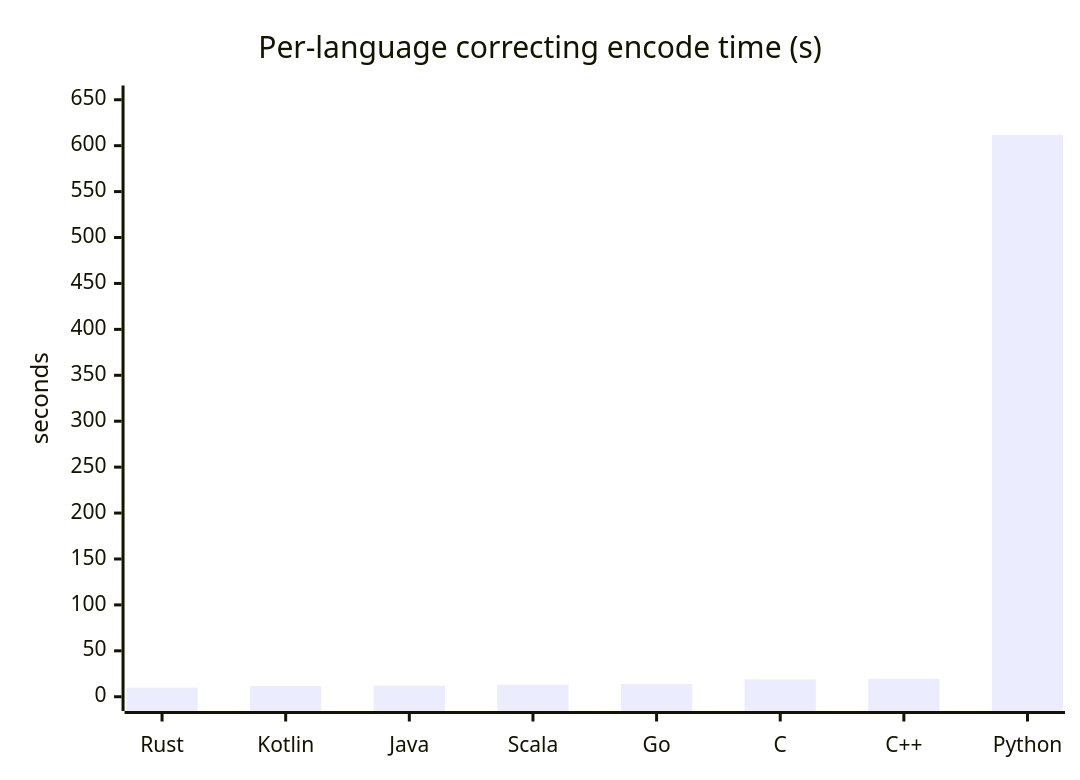
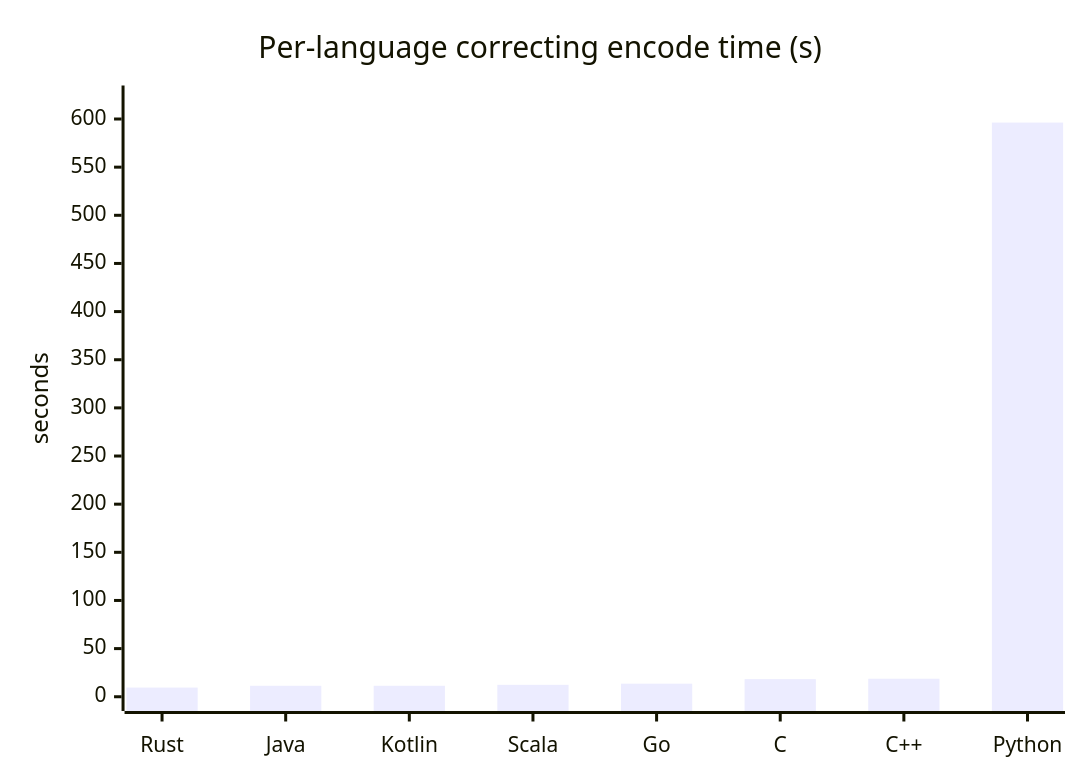
The second of 10 diagrams in ANALYSIS.md (darrelllong/Delta-Compression), drawn with Mermaid before and after one commit. The commit also changed other lines of this file and 23 other files, not shown here.

````diff
--- a/ANALYSIS.md
+++ b/ANALYSIS.md
@@ -313,7 +319,7 @@
 ```mermaid
 xychart-beta
     title "Per-language correcting encode time (s)"
-    x-axis ["Rust", "Kotlin", "Java", "Scala", "Go", "C", "C++", "Python"]
-    y-axis "seconds" 0 --> 650
-    bar [9.9, 11.8, 12.1, 13.2, 13.8, 19.0, 19.5, 611.7]
+    x-axis ["Rust", "Java", "Kotlin", "Scala", "Go", "C", "C++", "Python"]
+    y-axis "seconds" 0 --> 620
+    bar [9.5, 11.4, 11.4, 12.4, 13.6, 18.3, 18.7, 596.3]
 ```
````
